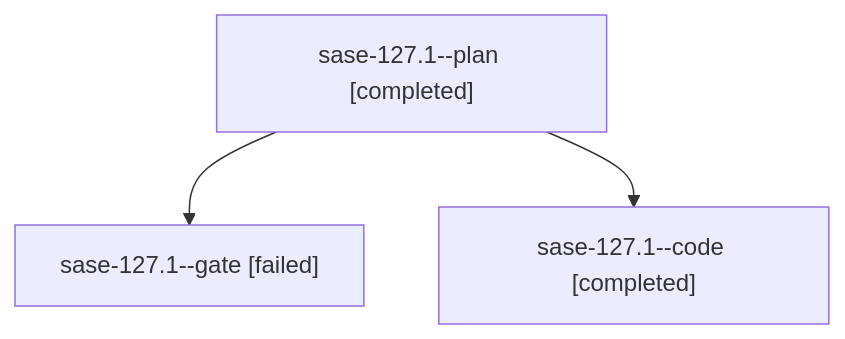
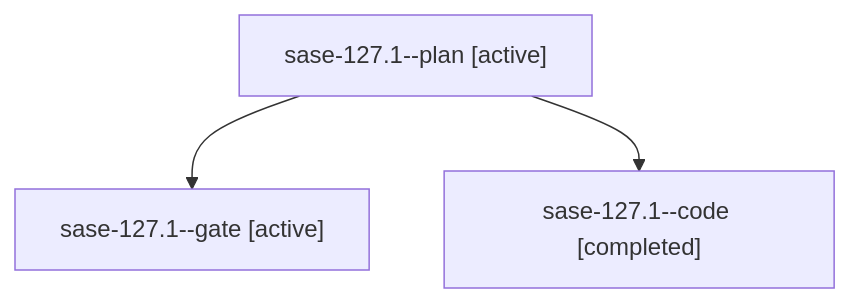
Before and after one commit to sase-org/sase--agents: the diagram in families/bbugyi200.athena.sase-127.1.md, drawn with Mermaid. The commit also changed other lines of this file and 35830 other files, not shown here.

````diff
--- a/families/bbugyi200.athena.sase-127.1.md
+++ b/families/bbugyi200.athena.sase-127.1.md
@@ -9,8 +9,8 @@
 ```mermaid
 flowchart TD
-  n0["sase-127.1--plan [completed]"]
-  n1["sase-127.1--gate [failed]"]
+  n0["sase-127.1--plan [active]"]
+  n1["sase-127.1--gate [active]"]
   n0 --> n1
   n2["sase-127.1--code [completed]"]
   n0 --> n2
 ```
````
